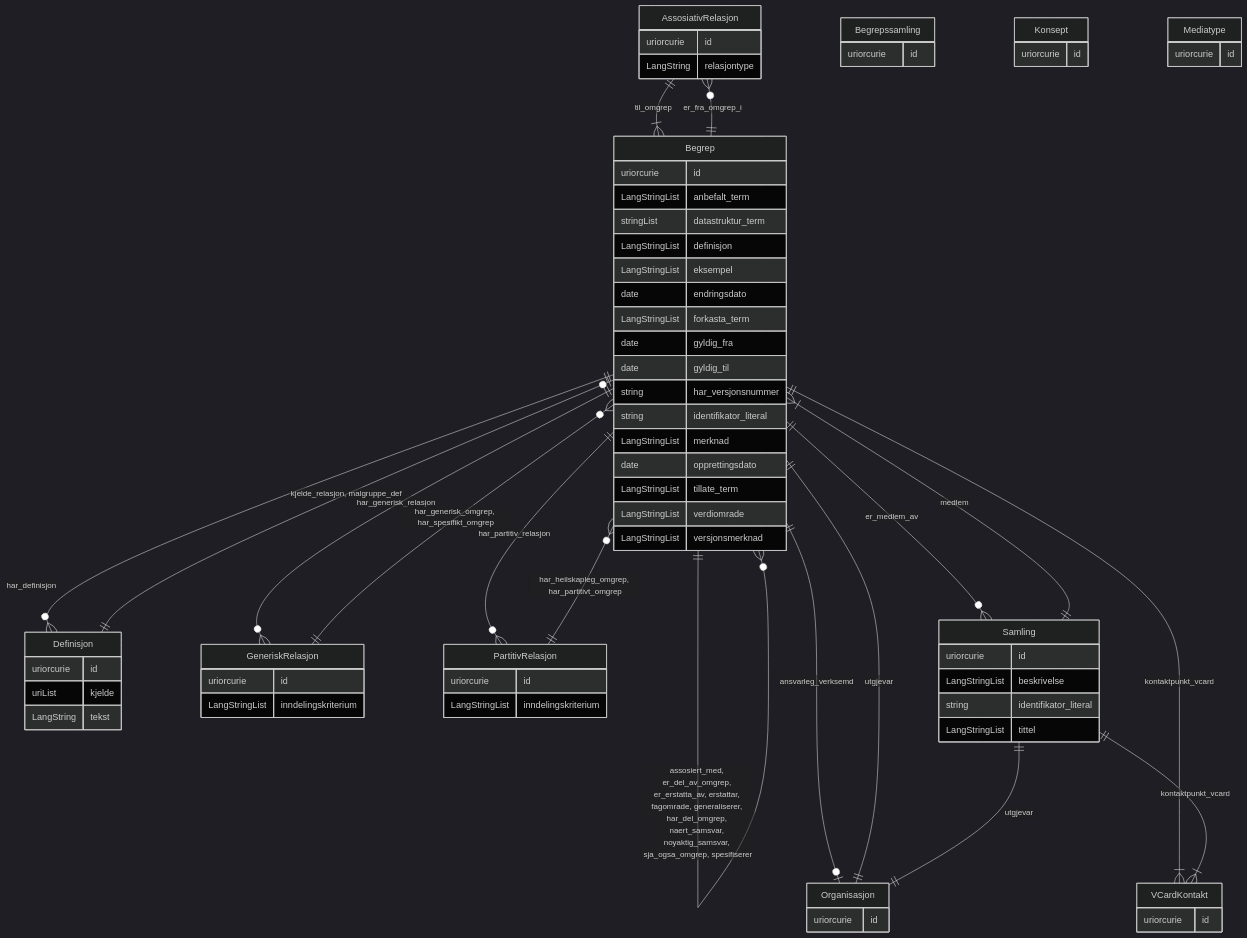
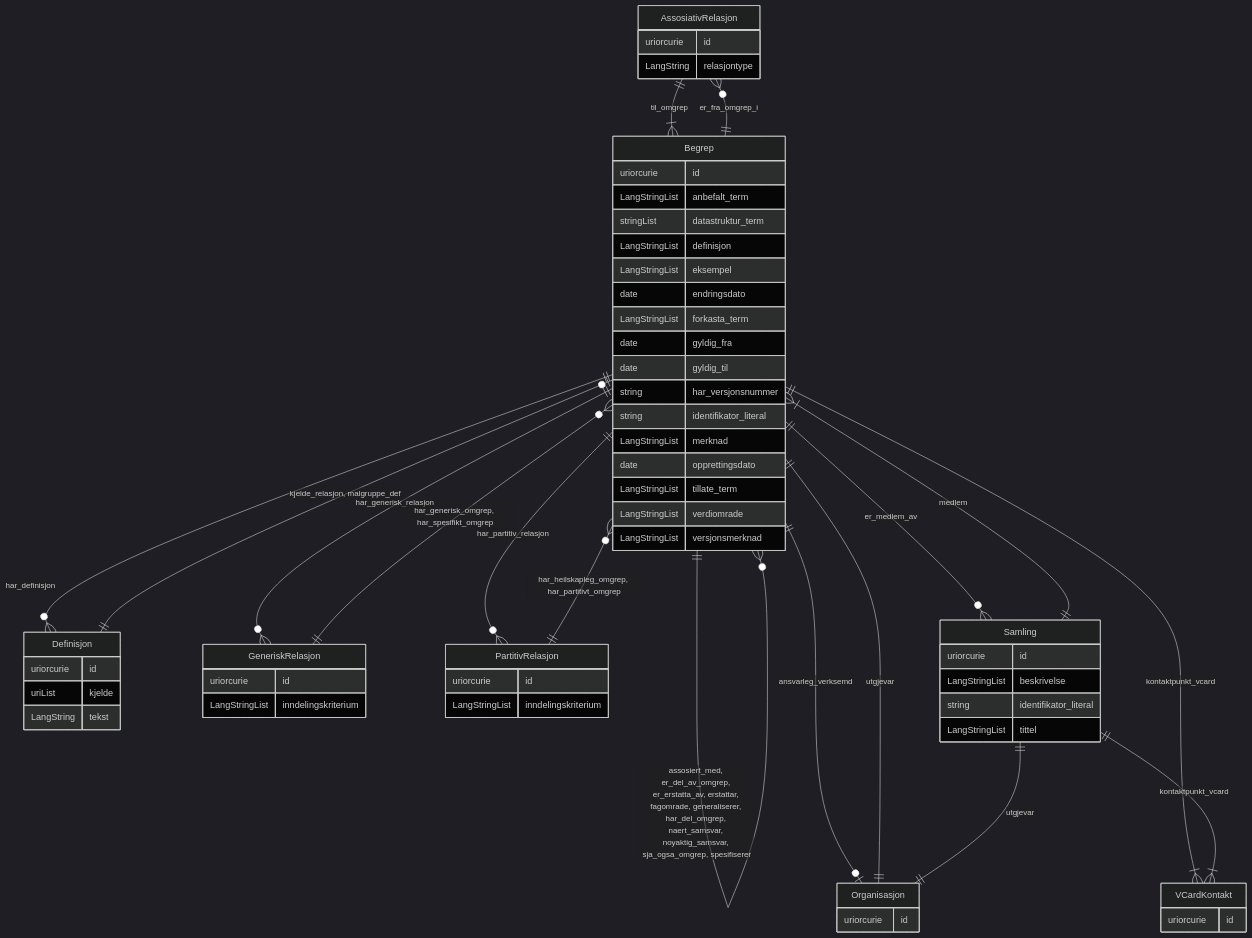
Before and after one commit to brreg/linkml-w3c-no-profiles: the diagram in mkdocs/docs/ap-no/skos-ap-no/skos-ap-no-erdiagram.md, drawn with Mermaid (dark theme). The commit also changed 807 other files, not shown here.

Commit message:
gen-doc: endre generering av docs slik at index.html grupperer klasser som er i subset Obligatorisk først, fulgt av Anbefalt og Valgfri

````diff
--- a/mkdocs/docs/ap-no/skos-ap-no/skos-ap-no-erdiagram.md
+++ b/mkdocs/docs/ap-no/skos-ap-no/skos-ap-no-erdiagram.md
@@ -1,78 +1,70 @@
 ```mermaid
 erDiagram
 AssosiativRelasjon {
     uriorcurie id  
     LangString relasjontype  
 }
 Begrep {
     uriorcurie id  
     LangStringList anbefalt_term  
     stringList datastruktur_term  
     LangStringList definisjon  
     LangStringList eksempel  
     date endringsdato  
     LangStringList forkasta_term  
     date gyldig_fra  
     date gyldig_til  
     string har_versjonsnummer  
     string identifikator_literal  
     LangStringList merknad  
     date opprettingsdato  
     LangStringList tillate_term  
     LangStringList verdiomrade  
     LangStringList versjonsmerknad  
 }
-Begrepssamling {
-    uriorcurie id  
-}
 Definisjon {
     uriorcurie id  
     uriList kjelde  
     LangString tekst  
 }
 GeneriskRelasjon {
     uriorcurie id  
     LangStringList inndelingskriterium  
-}
-Konsept {
-    uriorcurie id  
-}
-Mediatype {
-    uriorcurie id  
 }
 Organisasjon {
     uriorcurie id  
 }
 PartitivRelasjon {
     uriorcurie id  
     LangStringList inndelingskriterium  
 }
 Samling {
     uriorcurie id  
     LangStringList beskrivelse  
     string identifikator_literal  
     LangStringList tittel  
 }
 VCardKontakt {
     uriorcurie id  
 }
 
 AssosiativRelasjon ||--}| Begrep : "til_omgrep"
 Begrep ||--|o Begrep : "euvoc_status"
 Begrep ||--|o Organisasjon : "ansvarleg_verksemd"
 Begrep ||--|| Organisasjon : "utgjevar"
 Begrep ||--}o AssosiativRelasjon : "er_fra_omgrep_i"
 Begrep ||--}o Begrep : "assosiert_med, er_del_av_omgrep, er_erstatta_av, erstattar, fagomrade, generaliserer, har_del_omgrep, naert_samsvar, noyaktig_samsvar, sja_ogsa_omgrep, spesifiserer"
 Begrep ||--}o Definisjon : "har_definisjon"
 Begrep ||--}o GeneriskRelasjon : "har_generisk_relasjon"
 Begrep ||--}o PartitivRelasjon : "har_partitiv_relasjon"
 Begrep ||--}o Samling : "er_medlem_av"
 Begrep ||--}| VCardKontakt : "kontaktpunkt_vcard"
 Definisjon ||--|o Begrep : "kjelde_relasjon, malgruppe_def"
 GeneriskRelasjon ||--}o Begrep : "har_generisk_omgrep, har_spesifikt_omgrep"
 PartitivRelasjon ||--}o Begrep : "har_heilskapleg_omgrep, har_partitivt_omgrep"
 Samling ||--|| Organisasjon : "utgjevar"
 Samling ||--}| Begrep : "medlem"
 Samling ||--}| VCardKontakt : "kontaktpunkt_vcard"
 
+
 ```
````
